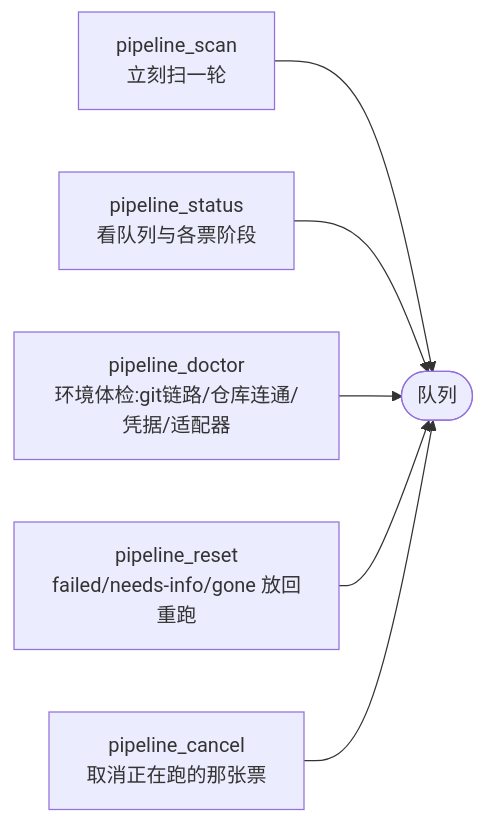
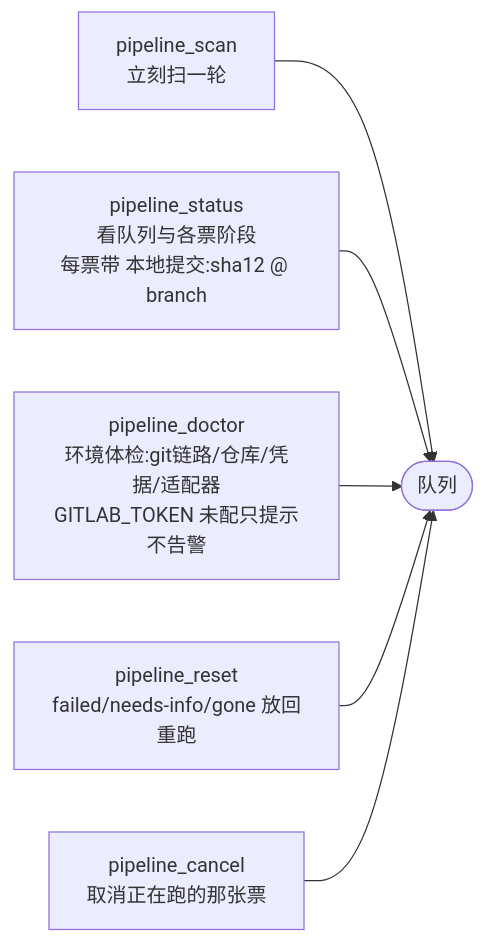
Before and after one commit to Mentality486/dsh-ticket-pipeline: the sixth of 6 diagrams in docs/ticket-pipeline/operation-flow.md, drawn with Mermaid. The commit also changed other lines of this file and 8 other files, not shown here.

````diff
--- a/docs/ticket-pipeline/operation-flow.md
+++ b/docs/ticket-pipeline/operation-flow.md
@@ -166,8 +171,8 @@
 ```mermaid
 flowchart LR
     T1[pipeline_scan<br/>立刻扫一轮] --> Q([队列])
-    T2[pipeline_status<br/>看队列与各票阶段] --> Q
-    T3[pipeline_doctor<br/>环境体检:git链路/仓库连通/凭据/适配器] --> Q
+    T2[pipeline_status<br/>看队列与各票阶段<br/>每票带 本地提交:sha12 @ branch] --> Q
+    T3[pipeline_doctor<br/>环境体检:git链路/仓库/凭据/适配器<br/>GITLAB_TOKEN 未配只提示不告警] --> Q
     T4[pipeline_reset<br/>failed/needs-info/gone 放回重跑] --> Q
     T5[pipeline_cancel<br/>取消正在跑的那张票] --> Q
 ```
````
